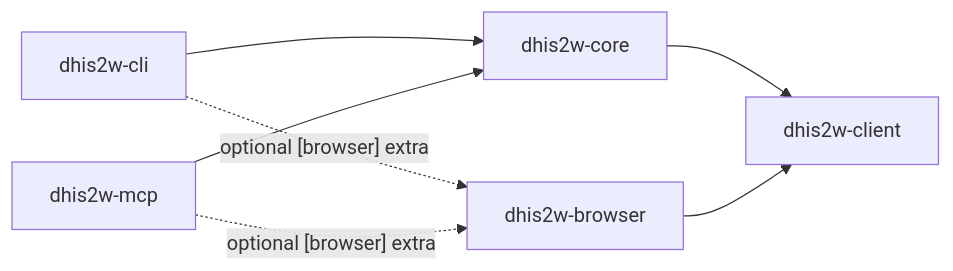
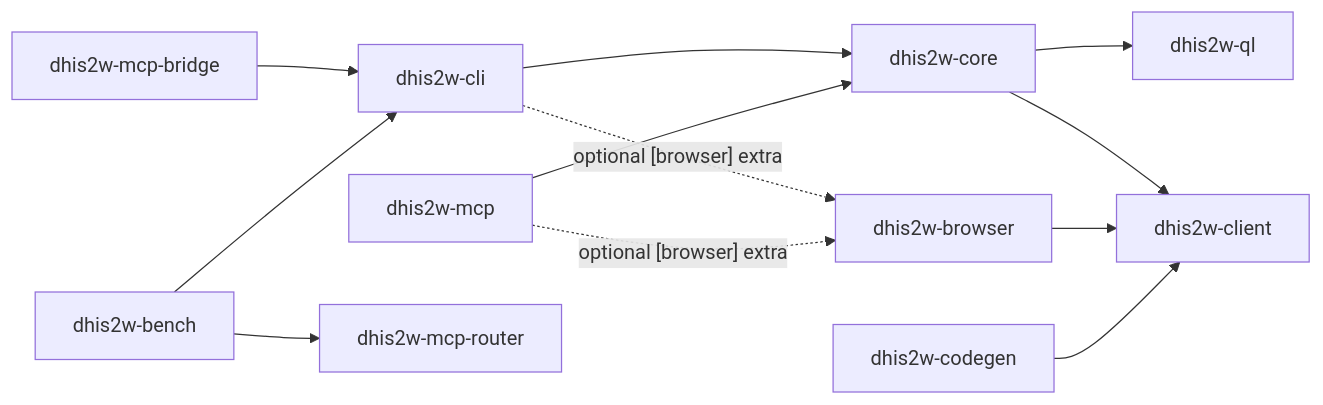
The diagram in CLAUDE.md (winterop-com/dhis2w-utils), drawn with Mermaid before and after one commit. The commit also changed other lines of this file and 7 other files, not shown here.

````diff
--- a/CLAUDE.md
+++ b/CLAUDE.md
@@ -49,15 +49,25 @@
 ```mermaid
 graph LR
+    bench["dhis2w-bench"]
+    bridge["dhis2w-mcp-bridge"]
     cli["dhis2w-cli"]
     mcp["dhis2w-mcp"]
+    router["dhis2w-mcp-router"]
     core["dhis2w-core"]
+    ql["dhis2w-ql"]
     browser["dhis2w-browser"]
+    codegen["dhis2w-codegen"]
     client["dhis2w-client"]
 
     cli --> core
     mcp --> core
+    bridge --> cli
+    bench --> cli
+    bench --> router
     core --> client
+    core --> ql
     browser --> client
+    codegen --> client
     cli -.->|"optional [browser] extra"| browser
     mcp -.->|"optional [browser] extra"| browser
 ```
````
